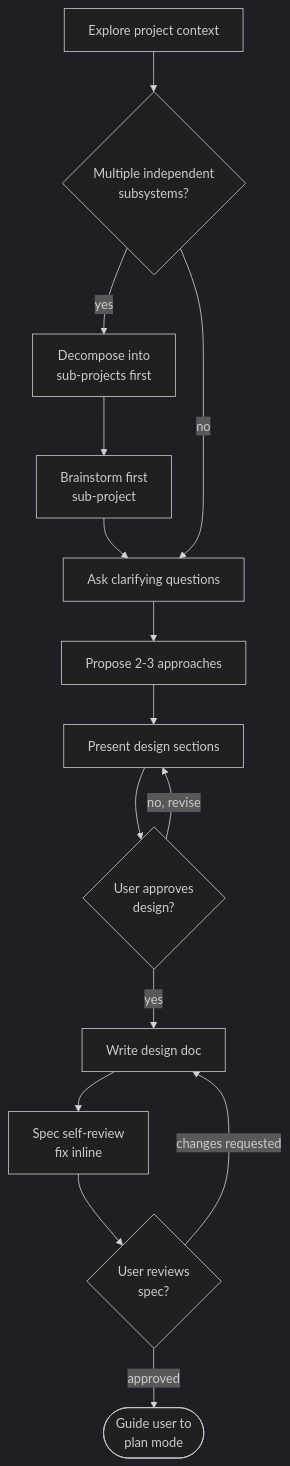
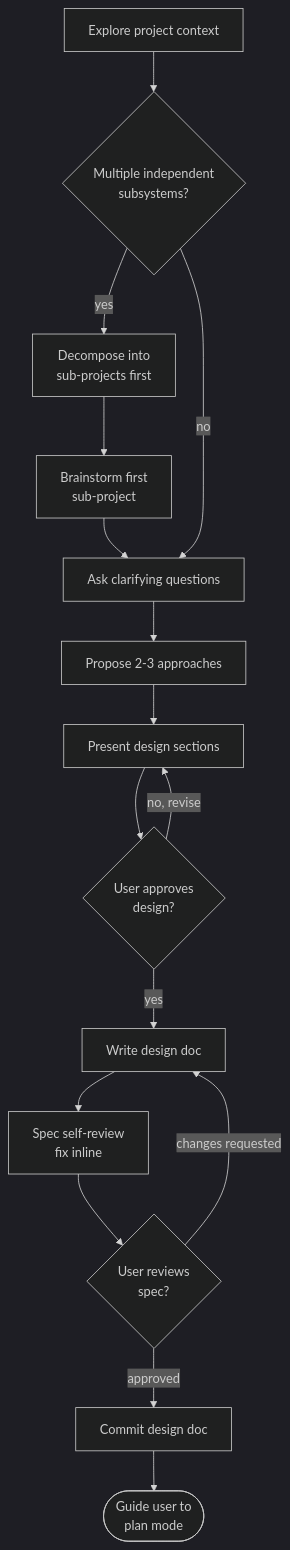
One commit to toku345/dotfiles changed the diagram in private_dot_claude/skills/brainstorming/SKILL.md. Above: the diagram before and after it, drawn with Mermaid (dark theme). The commit also changed other lines of this file, not shown here.

First line of the commit message:
fix(skill): narrow trigger, flex path, defer commit to after approval

````diff
--- a/private_dot_claude/skills/brainstorming/SKILL.md
+++ b/private_dot_claude/skills/brainstorming/SKILL.md
@@ -70,17 +71,18 @@
 ```mermaid
 flowchart TD
     A[Explore project context] --> B{Multiple independent\nsubsystems?}
     B -->|yes| C[Decompose into\nsub-projects first]
     C --> D[Brainstorm first\nsub-project]
     D --> E[Ask clarifying questions]
     B -->|no| E
     E --> F[Propose 2-3 approaches]
     F --> G[Present design sections]
     G --> H{User approves\ndesign?}
     H -->|no, revise| G
     H -->|yes| I[Write design doc]
     I --> J[Spec self-review\nfix inline]
     J --> K{User reviews\nspec?}
     K -->|changes requested| I
-    K -->|approved| L([Guide user to\nplan mode])
+    K -->|approved| L[Commit design doc]
+    L --> M([Guide user to\nplan mode])
 ```
````
